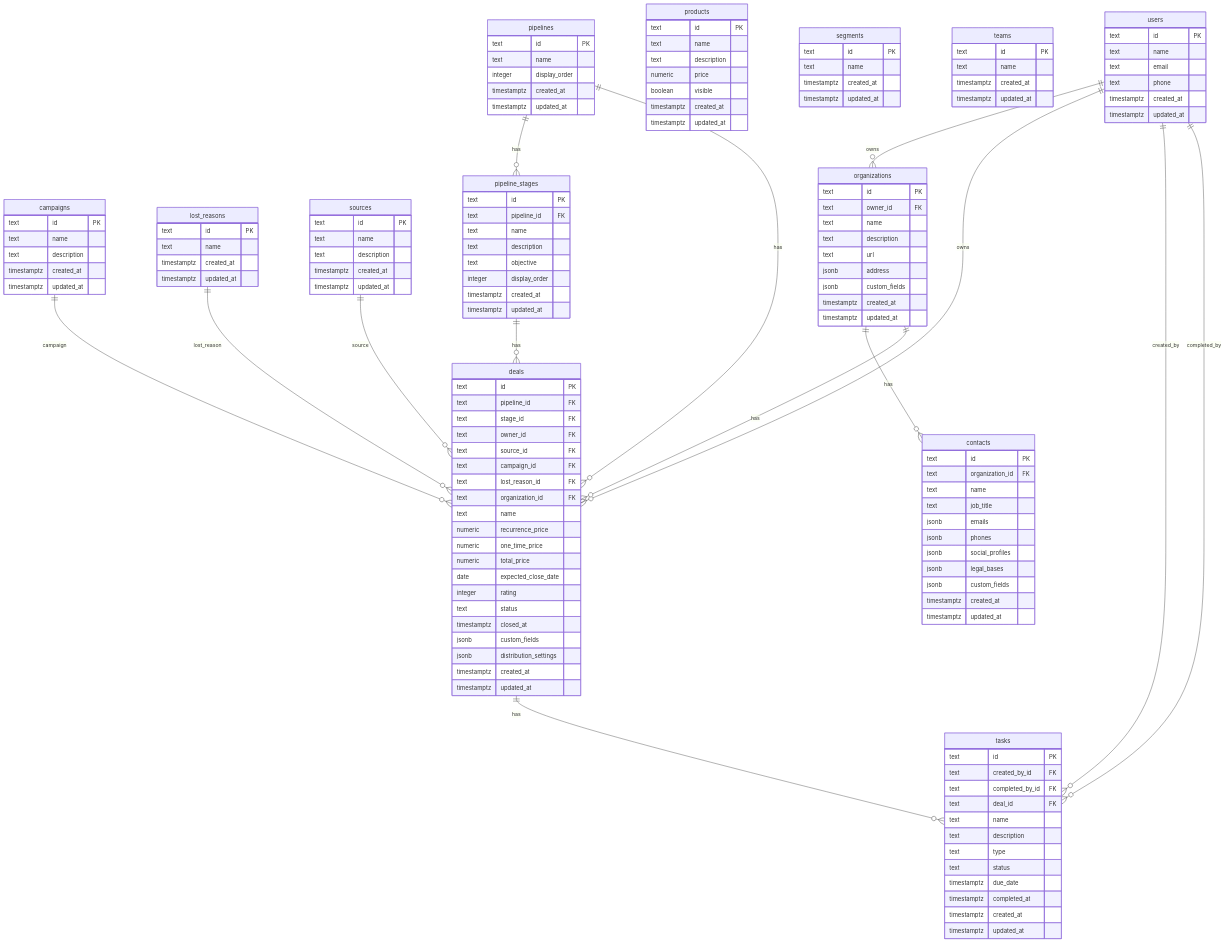
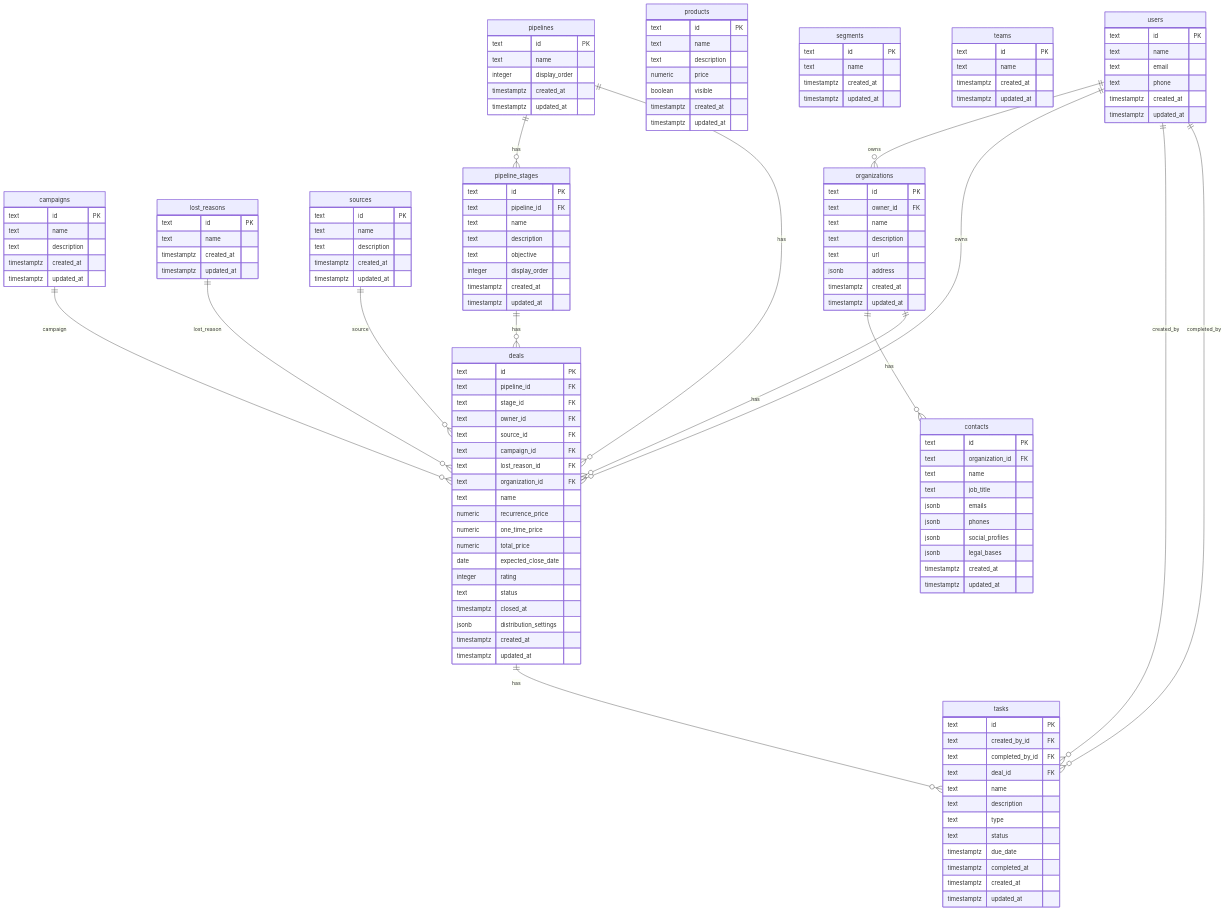
The diagram in README.md (hcubasd/curly-spoon), drawn with Mermaid before and after one commit. The commit also changed 1 other file, not shown here.

Commit message:
chore: remove custom_fields columns from organizations, contacts, deals
Not implementing CRM custom fields for the MVP. Columns dropped entirely
from the schema rather than left inert.

```diff
--- a/README.md
+++ b/README.md
@@ -133,7 +133,6 @@
         text description
         text url
         jsonb address
-        jsonb custom_fields
         timestamptz created_at
         timestamptz updated_at
     }
@@ -147,7 +146,6 @@
         jsonb phones
         jsonb social_profiles
         jsonb legal_bases
-        jsonb custom_fields
         timestamptz created_at
         timestamptz updated_at
     }
@@ -169,7 +167,6 @@
         integer rating
         text status
         timestamptz closed_at
-        jsonb custom_fields
         jsonb distribution_settings
         timestamptz created_at
         timestamptz updated_at
```
